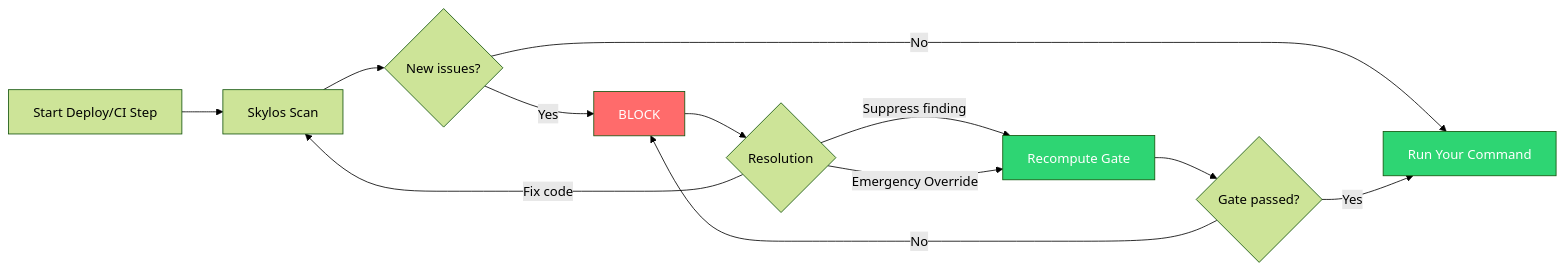
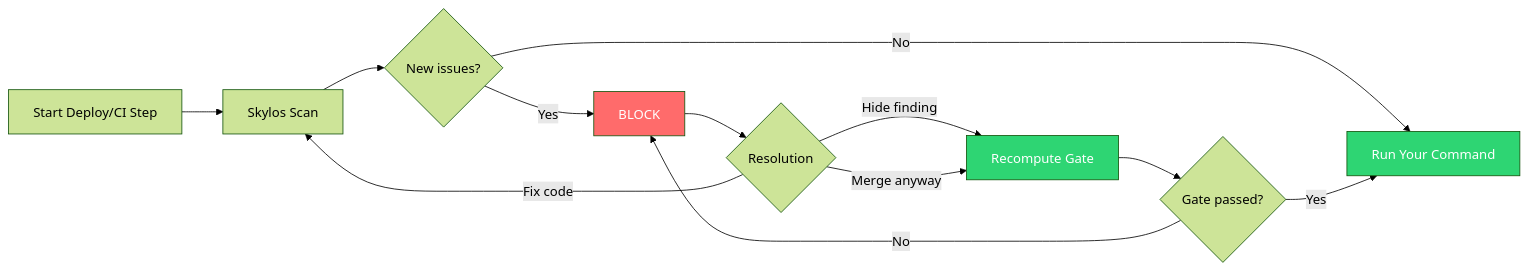
One commit to duriantaco/skylos-docs changed the diagram in docs/quality-gate.mdx. Above: the diagram before and after it, drawn with Mermaid (forest theme). The commit also changed other lines of this file and 59 other files, not shown here.

````diff
--- a/docs/quality-gate.mdx
+++ b/docs/quality-gate.mdx
@@ -74,18 +108,18 @@
 ```mermaid
 flowchart LR
     A[Start Deploy/CI Step] --> B[Skylos Scan]
     B --> C{New issues?}
     C -->|No| D[Run Your Command]
     C -->|Yes| E[BLOCK]
     E --> F{Resolution}
     F -->|Fix code| B
-    F -->|Suppress finding| G[Recompute Gate]
-    F -->|Emergency Override| G
+    F -->|Hide finding| G[Recompute Gate]
+    F -->|Merge anyway| G
     G --> H{Gate passed?}
     H -->|Yes| D
     H -->|No| E
 
     style D fill:#2ed573,color:#fff
     style E fill:#ff6b6b,color:#fff
     style G fill:#2ed573,color:#fff
 ```
````
